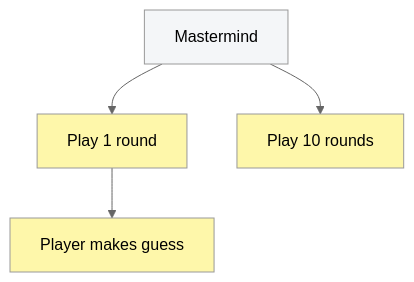
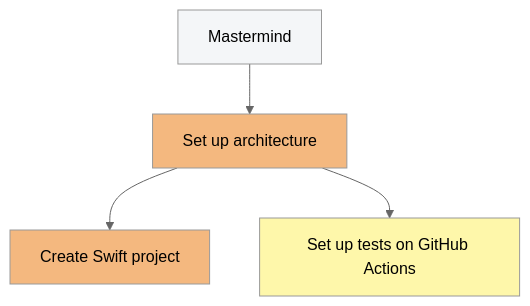
One commit to jonreid/Mastermind changed the diagram in discovery-tree.md. Above: the diagram before and after it, drawn with Mermaid (neutral theme). The commit also changed 5 other files, not shown here.

Commit message:
. e Set up Swift Package

````diff
--- a/discovery-tree.md
+++ b/discovery-tree.md
@@ -1,25 +1,25 @@
 ```mermaid
 graph TD
     mastermind["Mastermind"]
-    play-1-round["Play 1 round"]
-    play-10-rounds["Play 10 rounds"]
-    player-makes-guess["Player makes guess"]
+    setup-architecture["Set up architecture"]
+    create-swift-project["Create Swift project"]
+    setup-tests-github-actions["Set up tests on GitHub Actions"]
 
-    mastermind --> play-1-round
-    play-1-round --> player-makes-guess
-    mastermind --> play-10-rounds
+    mastermind --> setup-architecture
+    setup-architecture --> create-swift-project
+    setup-architecture --> setup-tests-github-actions
 
     classDef parent-task fill:#f4f6f8
     classDef todo fill:#fef7aa
     classDef in-progress fill:#f4b87f
     classDef completed fill:#8add95
     classDef blocked fill:#f1a2a0
     classDef punt fill:#b5abf4
     classDef notes fill:#b8cffa
 
     class mastermind parent-task
-    class play-10-rounds todo
-    class play-1-round todo
-    class player-makes-guess todo
+    class setup-architecture in-progress
+    class create-swift-project in-progress
+    class setup-tests-github-actions todo
 
 ```
````
